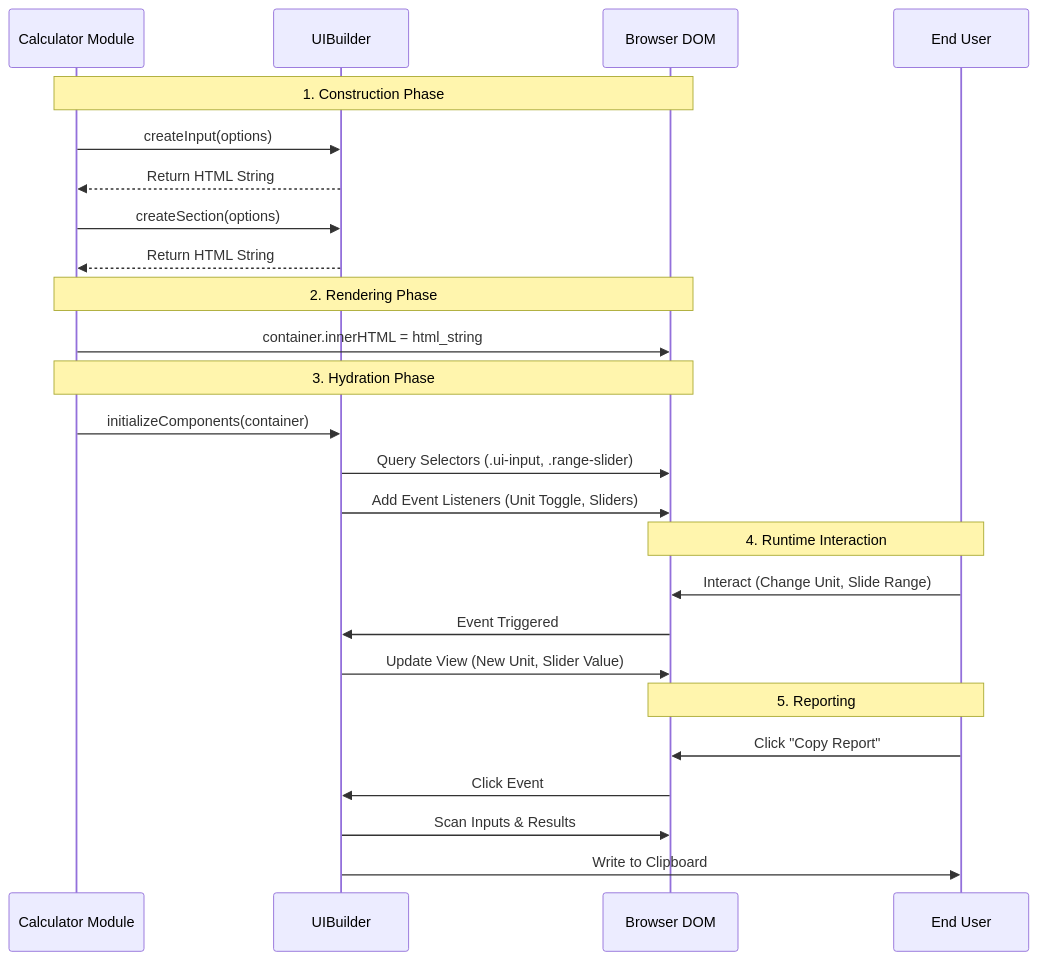
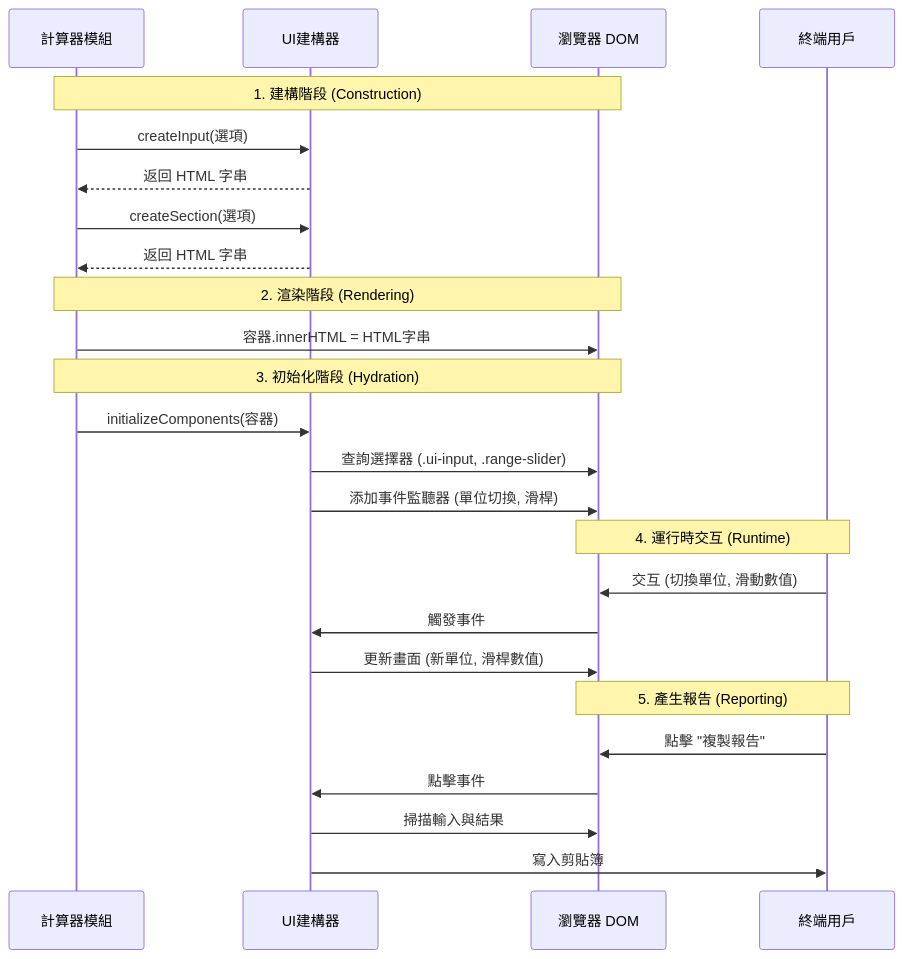
Before and after one commit to Lusnaker0730/MEDCALCEHR: the diagram in docs/ui-builder-analysis.md, drawn with Mermaid. The commit also changed other lines of this file, not shown here.

Commit message:
docs: Add architectural analysis and operational flowchart for the UI builder module.

````diff
--- a/docs/ui-builder-analysis.md
+++ b/docs/ui-builder-analysis.md
@@ -79,32 +80,32 @@
 ```mermaid
 sequenceDiagram
-    participant Calc as Calculator Module
-    participant UI as UIBuilder
-    participant DOM as Browser DOM
-    participant User as End User
+    participant Calc as 計算器模組
+    participant UI as UI建構器
+    participant DOM as 瀏覽器 DOM
+    participant User as 終端用戶
 
-    Note over Calc, DOM: 1. Construction Phase
-    Calc->>UI: createInput(options)
-    UI-->>Calc: Return HTML String
-    Calc->>UI: createSection(options)
-    UI-->>Calc: Return HTML String
+    Note over Calc, DOM: 1. 建構階段 (Construction)
+    Calc->>UI: createInput(選項)
+    UI-->>Calc: 返回 HTML 字串
+    Calc->>UI: createSection(選項)
+    UI-->>Calc: 返回 HTML 字串
     
-    Note over Calc, DOM: 2. Rendering Phase
-    Calc->>DOM: container.innerHTML = html_string
+    Note over Calc, DOM: 2. 渲染階段 (Rendering)
+    Calc->>DOM: 容器.innerHTML = HTML字串
     
-    Note over Calc, DOM: 3. Hydration Phase
-    Calc->>UI: initializeComponents(container)
-    UI->>DOM: Query Selectors (.ui-input, .range-slider)
-    UI->>DOM: Add Event Listeners (Unit Toggle, Sliders)
+    Note over Calc, DOM: 3. 初始化階段 (Hydration)
+    Calc->>UI: initializeComponents(容器)
+    UI->>DOM: 查詢選擇器 (.ui-input, .range-slider)
+    UI->>DOM: 添加事件監聽器 (單位切換, 滑桿)
     
-    Note over User, DOM: 4. Runtime Interaction
-    User->>DOM: Interact (Change Unit, Slide Range)
-    DOM->>UI: Event Triggered
-    UI->>DOM: Update View (New Unit, Slider Value)
+    Note over User, DOM: 4. 運行時交互 (Runtime)
+    User->>DOM: 交互 (切換單位, 滑動數值)
+    DOM->>UI: 觸發事件
+    UI->>DOM: 更新畫面 (新單位, 滑桿數值)
     
-    Note over User, DOM: 5. Reporting
-    User->>DOM: Click "Copy Report"
-    DOM->>UI: Click Event
-    UI->>DOM: Scan Inputs & Results
-    UI->>User: Write to Clipboard
+    Note over User, DOM: 5. 產生報告 (Reporting)
+    User->>DOM: 點擊 "複製報告"
+    DOM->>UI: 點擊事件
+    UI->>DOM: 掃描輸入與結果
+    UI->>User: 寫入剪貼簿
 ```
````
